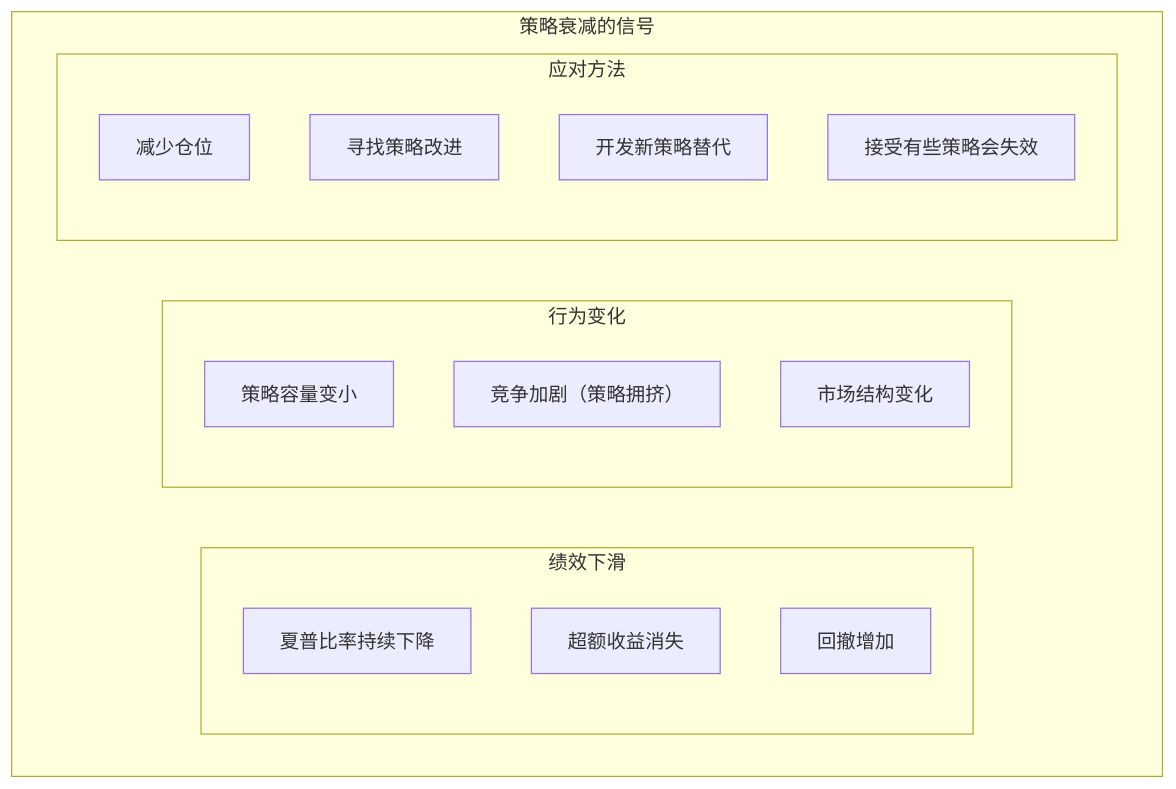
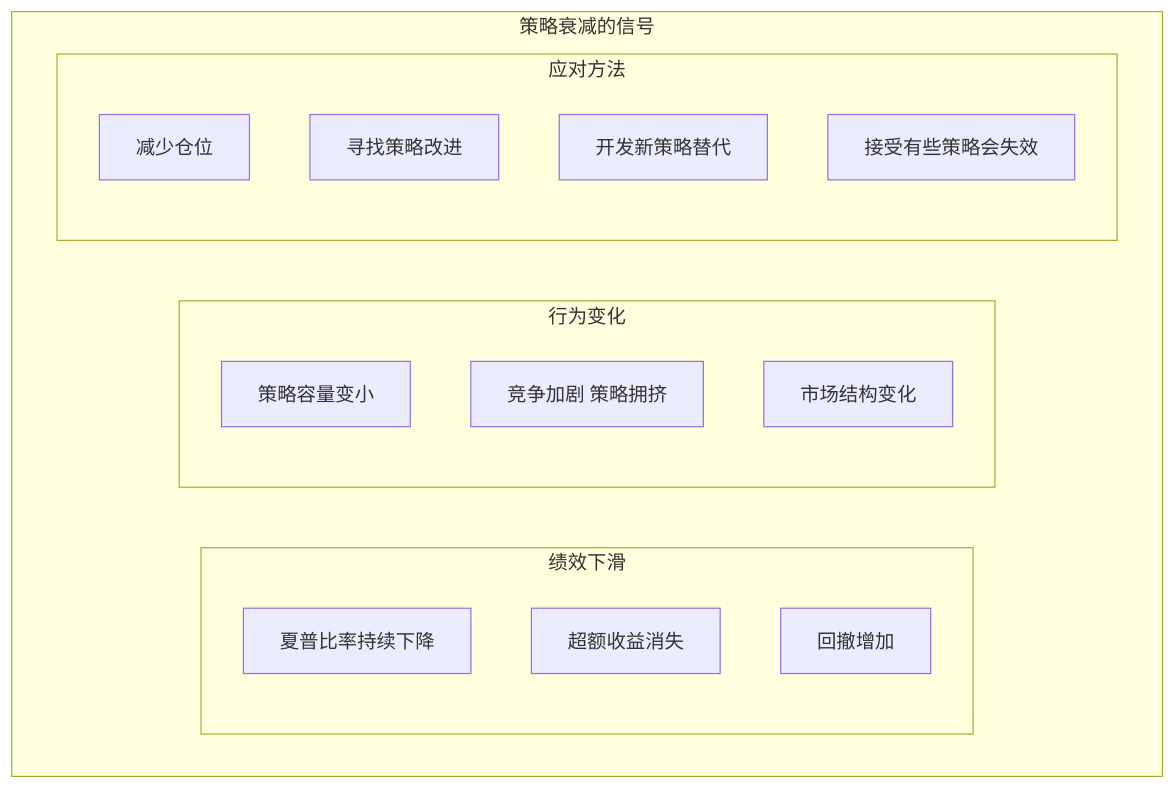
Before and after one commit to jpixy/jpixy.github.io: diagram 12 of 13 in content/articles/quant/quant-02-中低频量化交易最佳实践.md, drawn with Mermaid. The commit also changed other lines of this file and 66 other files, not shown here.

Commit message:
fix: resolve Mermaid syntax errors by removing parentheses in node labels

````diff
--- a/content/articles/quant/quant-02-中低频量化交易最佳实践.md
+++ b/content/articles/quant/quant-02-中低频量化交易最佳实践.md
@@ -355,21 +355,21 @@
 ```mermaid
 graph TB
     subgraph 衰减["策略衰减的信号"]
         subgraph D1["绩效下滑"]
             D1A["夏普比率持续下降"]
             D1B["超额收益消失"]
             D1C["回撤增加"]
         end
         subgraph D2["行为变化"]
             D2A["策略容量变小"]
-            D2B["竞争加剧（策略拥挤）"]
+            D2B["竞争加剧 策略拥挤"]
             D2C["市场结构变化"]
         end
         subgraph D3["应对方法"]
             D3A["减少仓位"]
             D3B["寻找策略改进"]
             D3C["开发新策略替代"]
             D3D["接受有些策略会失效"]
         end
     end
 ```
````
